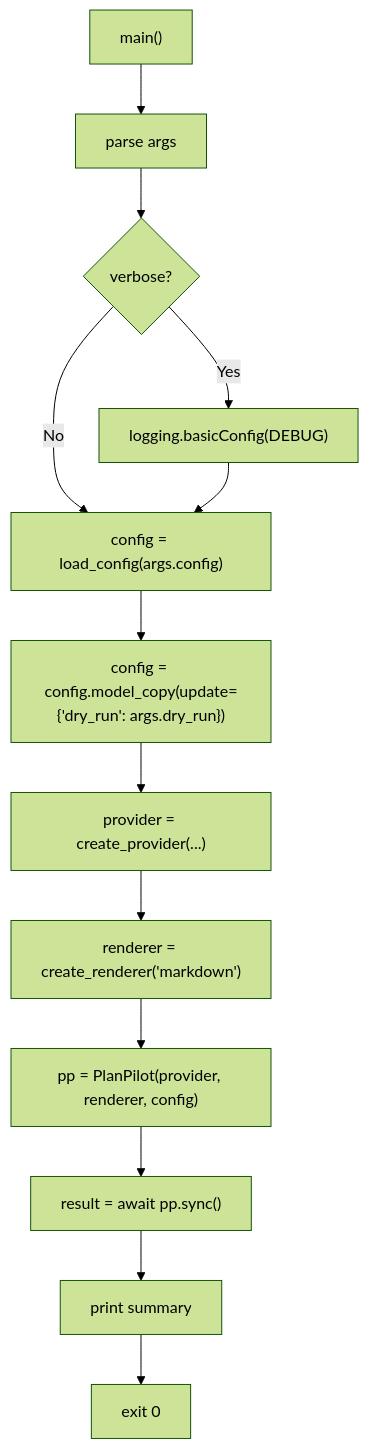
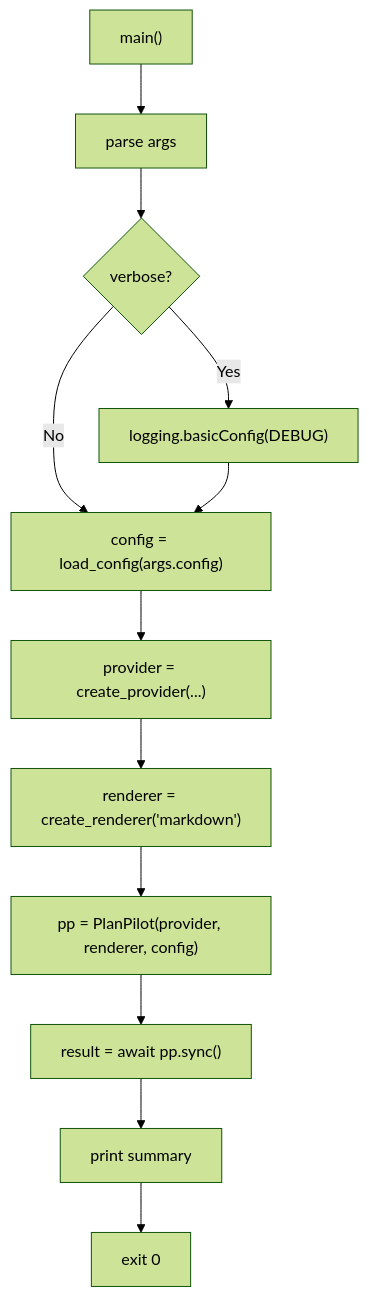
The diagram in docs/v2/cli.md (aryeko/planpilot), drawn with Mermaid (forest theme) before and after one commit. The commit also changed other lines of this file and 4 other files, not shown here.

First line of the commit message:
docs: fix config spec — add auth, remove dry_run, cascade to all specs

````diff
--- a/docs/v2/cli.md
+++ b/docs/v2/cli.md
@@ -91,15 +91,14 @@
 ```mermaid
 flowchart TB
     Start["main()"] --> Parse["parse args"]
     Parse --> Logging{"verbose?"}
     Logging -- Yes --> SetDebug["logging.basicConfig(DEBUG)"]
     Logging -- No --> LoadConfig
     SetDebug --> LoadConfig["config = load_config(args.config)"]
-    LoadConfig --> Override["config = config.model_copy(update={'dry_run': args.dry_run})"]
-    Override --> Provider["provider = create_provider(...)"]
+    LoadConfig --> Provider["provider = create_provider(...)"]
     Provider --> Renderer["renderer = create_renderer('markdown')"]
     Renderer --> SDK["pp = PlanPilot(provider, renderer, config)"]
     SDK --> Sync["result = await pp.sync()"]
     Sync --> Format["print summary"]
     Format --> Exit["exit 0"]
 ```
````
